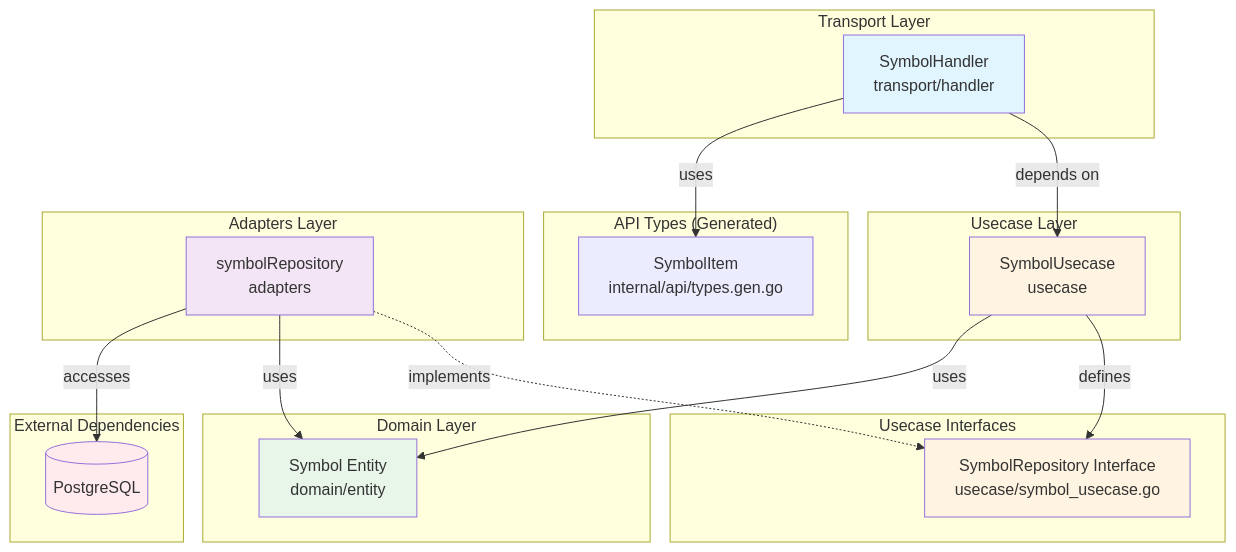
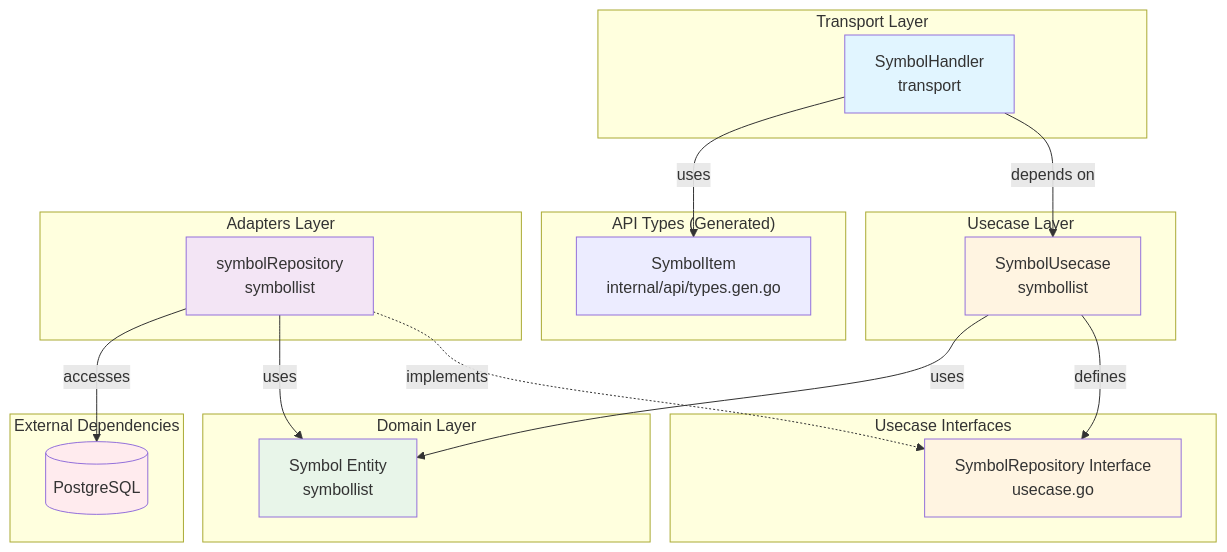
Before and after one commit to UCHIDAnobuhiro/stock_backend: the second of 2 diagrams in internal/feature/symbollist/README.md, drawn with Mermaid. The commit also changed other lines of this file and 6 other files, not shown here.

````diff
--- a/internal/feature/symbollist/README.md
+++ b/internal/feature/symbollist/README.md
@@ -87,45 +87,45 @@
 ```mermaid
 graph TB
     subgraph "Transport Layer"
-        Handler[SymbolHandler<br/>transport/handler]
+        Handler[SymbolHandler<br/>transport]
     end
 
     subgraph "API Types (Generated)"
         APITypes[SymbolItem<br/>internal/api/types.gen.go]
     end
 
     subgraph "Usecase Layer"
-        Usecase[SymbolUsecase<br/>usecase]
+        Usecase[SymbolUsecase<br/>symbollist]
     end
 
     subgraph "Domain Layer"
-        Entity[Symbol Entity<br/>domain/entity]
+        Entity[Symbol Entity<br/>symbollist]
     end
 
     subgraph "Usecase Interfaces"
-        RepoInterface[SymbolRepository Interface<br/>usecase/symbol_usecase.go]
+        RepoInterface[SymbolRepository Interface<br/>usecase.go]
     end
 
     subgraph "Adapters Layer"
-        RepoImpl[symbolRepository<br/>adapters]
+        RepoImpl[symbolRepository<br/>symbollist]
     end
 
     subgraph "External Dependencies"
         DB[(PostgreSQL)]
     end
 
     Handler -->|depends on| Usecase
     Handler -->|uses| APITypes
     Usecase -->|defines| RepoInterface
     Usecase -->|uses| Entity
     RepoImpl -.->|implements| RepoInterface
     RepoImpl -->|uses| Entity
     RepoImpl -->|accesses| DB
 
     style Handler fill:#e1f5ff
     style Usecase fill:#fff4e1
     style Entity fill:#e8f5e9
     style RepoInterface fill:#fff4e1
     style RepoImpl fill:#f3e5f5
     style DB fill:#ffebee
 ```
````
